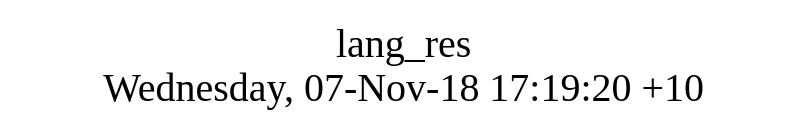
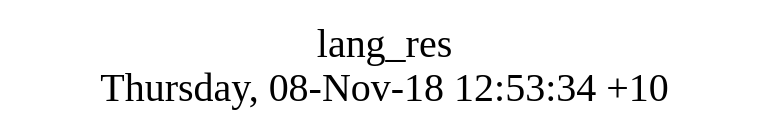
Before and after one commit to AplaProject/apps: the diagram in src/lang_res/struct.dot, drawn with Graphviz. The commit also changed 15 other files, not shown here.

```diff
--- a/src/lang_res/struct.dot
+++ b/src/lang_res/struct.dot
@@ -1,8 +1,8 @@
 digraph G {
 fontsize="24";
-label="lang_res\nWednesday, 07-Nov-18 17:19:20 +10";
+label="lang_res\nThursday, 08-Nov-18 12:53:34 +10";
 nojustify=true;
 ordering=out;
 rankdir=LR;
 size="30";
 }
```
